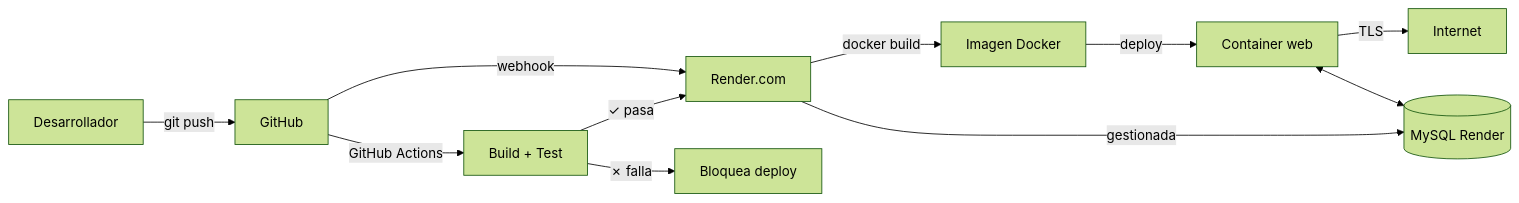
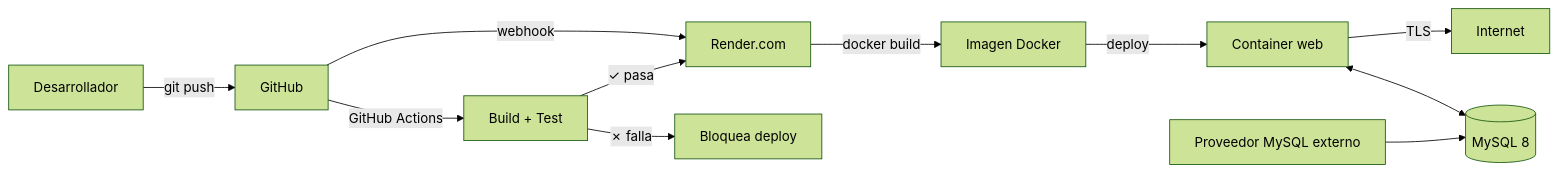
The fourth of 4 diagrams in docs/diagrams/architecture.md (mmordoe685/diveconnect), drawn with Mermaid (forest theme) before and after one commit. The commit also changed other lines of this file and 61 other files, not shown here.

````diff
--- a/docs/diagrams/architecture.md
+++ b/docs/diagrams/architecture.md
@@ -115,14 +114,14 @@
 ```mermaid
 flowchart LR
     Dev[Desarrollador] -->|git push| GitHub
     GitHub -->|webhook| Render[Render.com]
     Render -->|docker build| Image[Imagen Docker]
     Image -->|deploy| App[Container web]
     App -->|TLS| Internet
-    Render -->|gestionada| MySQL[(MySQL Render)]
+    MySQLHost[Proveedor MySQL externo] --> MySQL[(MySQL 8)]
     App <--> MySQL
 
     GitHub -->|GitHub Actions| CI[Build + Test]
     CI -->|✓ pasa| Render
     CI -->|✗ falla| Block[Bloquea deploy]
 ```
````
